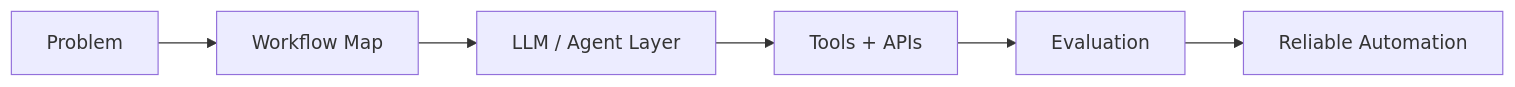
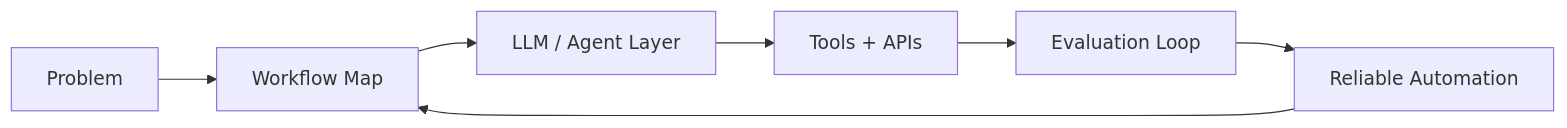
The diagram in README.md (DagogoGrant/DagogoGrant), drawn with Mermaid before and after one commit. The commit also changed other lines of this file and 1 other file, not shown here.

````diff
--- a/README.md
+++ b/README.md
@@ -48,8 +27,9 @@
 ```mermaid
 flowchart LR
     A["Problem"] --> B["Workflow Map"]
     B --> C["LLM / Agent Layer"]
     C --> D["Tools + APIs"]
-    D --> E["Evaluation"]
+    D --> E["Evaluation Loop"]
     E --> F["Reliable Automation"]
+    F --> B
 ```
````
